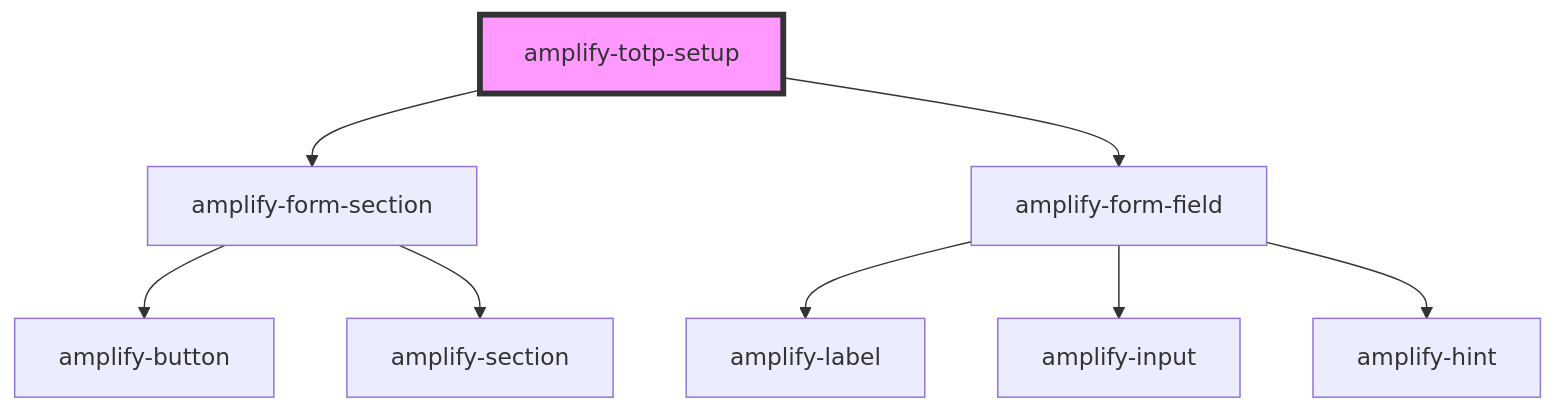
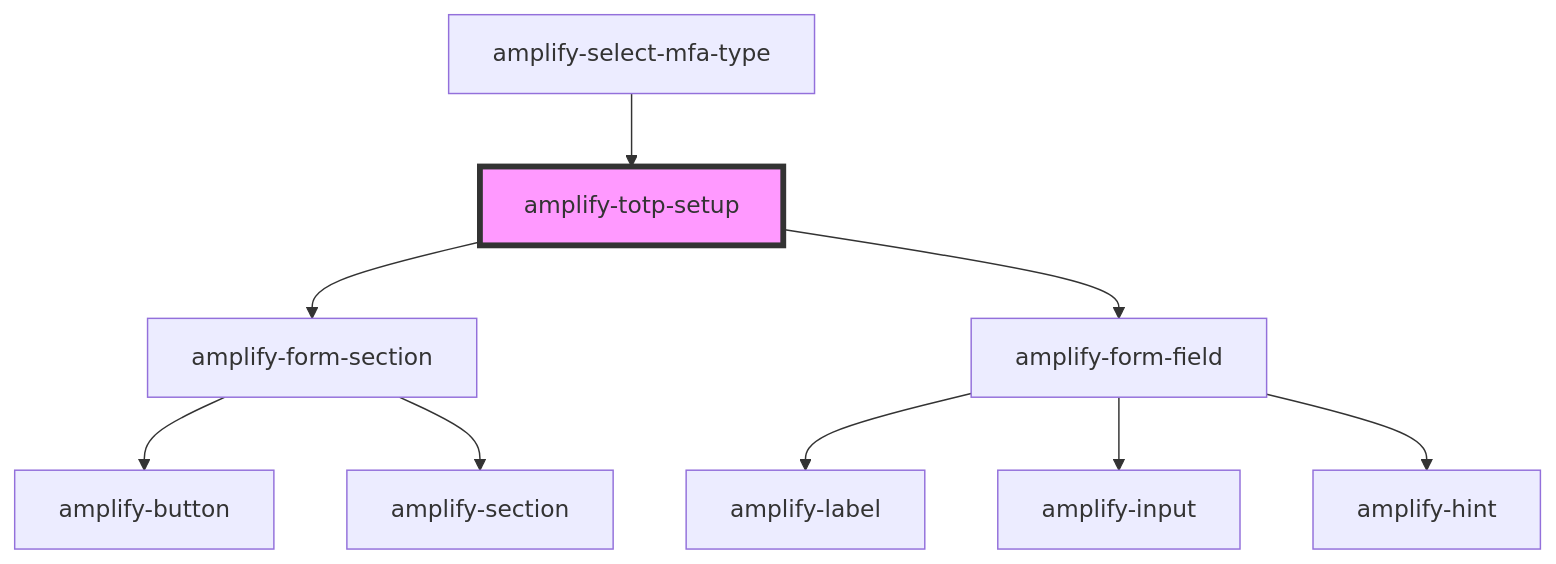
Before and after one commit to aws-amplify/amplify-js: the diagram in packages/amplify-ui-components/src/components/amplify-totp-setup/readme.md, drawn with Mermaid. The commit also changed other lines of this file and 2 other files, not shown here.

````diff
--- a/packages/amplify-ui-components/src/components/amplify-totp-setup/readme.md
+++ b/packages/amplify-ui-components/src/components/amplify-totp-setup/readme.md
@@ -26,11 +30,12 @@
 ```mermaid
 graph TD;
   amplify-totp-setup --> amplify-form-section
   amplify-totp-setup --> amplify-form-field
   amplify-form-section --> amplify-button
   amplify-form-section --> amplify-section
   amplify-form-field --> amplify-label
   amplify-form-field --> amplify-input
   amplify-form-field --> amplify-hint
+  amplify-select-mfa-type --> amplify-totp-setup
   style amplify-totp-setup fill:#f9f,stroke:#333,stroke-width:4px
 ```
````
